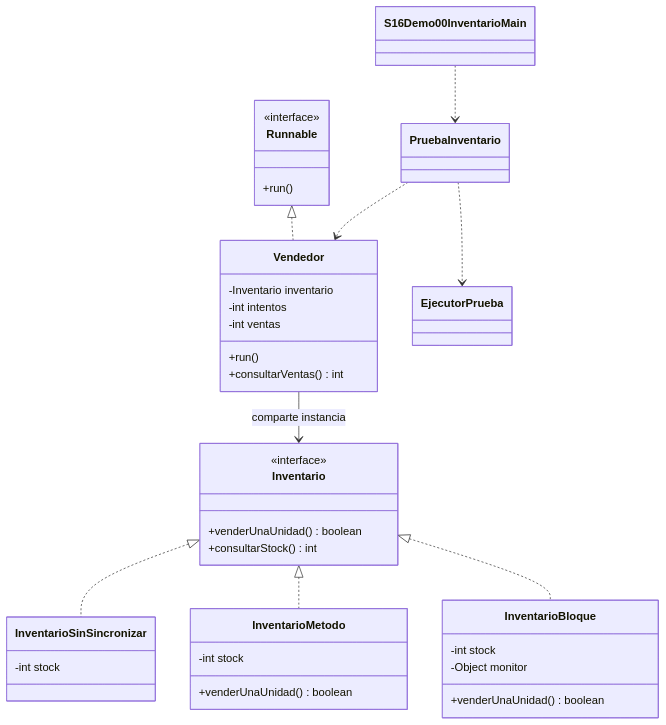
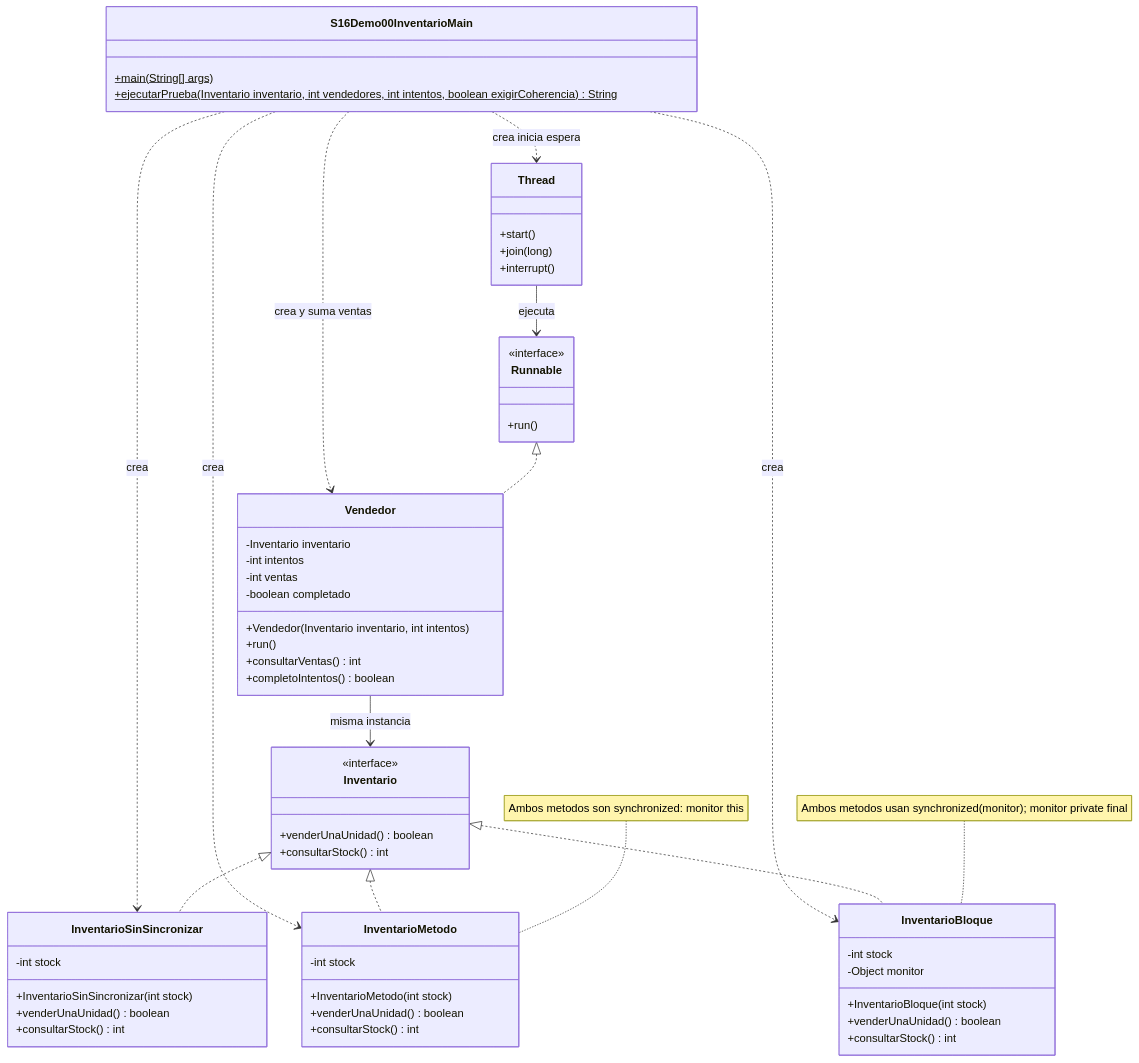
The first of 3 diagrams in src/04-concurrencia-java/sesion-16-sincronizacion-atomicos/demo/s16demo00/README.md (JopsWtD/campuslands-java), drawn with Mermaid before and after one commit. The commit also changed other lines of this file and 14 other files, not shown here.

````diff
--- a/src/04-concurrencia-java/sesion-16-sincronizacion-atomicos/demo/s16demo00/README.md
+++ b/src/04-concurrencia-java/sesion-16-sincronizacion-atomicos/demo/s16demo00/README.md
@@ -59,39 +39,63 @@
 ```mermaid
 classDiagram
 class Inventario {
     <<interface>>
     +venderUnaUnidad() boolean
     +consultarStock() int
 }
 class InventarioSinSincronizar {
     -int stock
+    +InventarioSinSincronizar(int stock)
+    +venderUnaUnidad() boolean
+    +consultarStock() int
 }
 class InventarioMetodo {
     -int stock
+    +InventarioMetodo(int stock)
     +venderUnaUnidad() boolean
+    +consultarStock() int
 }
 class InventarioBloque {
     -int stock
     -Object monitor
+    +InventarioBloque(int stock)
     +venderUnaUnidad() boolean
+    +consultarStock() int
+}
+class Runnable {
+    <<interface>>
+    +run()
+}
+class Thread {
+    +start()
+    +join(long)
+    +interrupt()
 }
 class Vendedor {
     -Inventario inventario
     -int intentos
     -int ventas
+    -boolean completado
+    +Vendedor(Inventario inventario, int intentos)
     +run()
     +consultarVentas() int
+    +completoIntentos() boolean
 }
-class Runnable {
-    <<interface>>
-    +run()
+class S16Demo00InventarioMain {
+    +main(String[] args)$
+    +ejecutarPrueba(Inventario inventario, int vendedores, int intentos, boolean exigirCoherencia) String$
 }
 Inventario <|.. InventarioSinSincronizar
 Inventario <|.. InventarioMetodo
 Inventario <|.. InventarioBloque
 Runnable <|.. Vendedor
-Vendedor --> Inventario : comparte instancia
-PruebaInventario ..> Vendedor
-PruebaInventario ..> EjecutorPrueba
-S16Demo00InventarioMain ..> PruebaInventario
+Vendedor --> Inventario : misma instancia
+Thread --> Runnable : ejecuta
+S16Demo00InventarioMain ..> Vendedor : crea y suma ventas
+S16Demo00InventarioMain ..> Thread : crea inicia espera
+S16Demo00InventarioMain ..> InventarioSinSincronizar : crea
+S16Demo00InventarioMain ..> InventarioMetodo : crea
+S16Demo00InventarioMain ..> InventarioBloque : crea
+note for InventarioMetodo "Ambos metodos son synchronized: monitor this"
+note for InventarioBloque "Ambos metodos usan synchronized(monitor); monitor private final"
 ```
````
